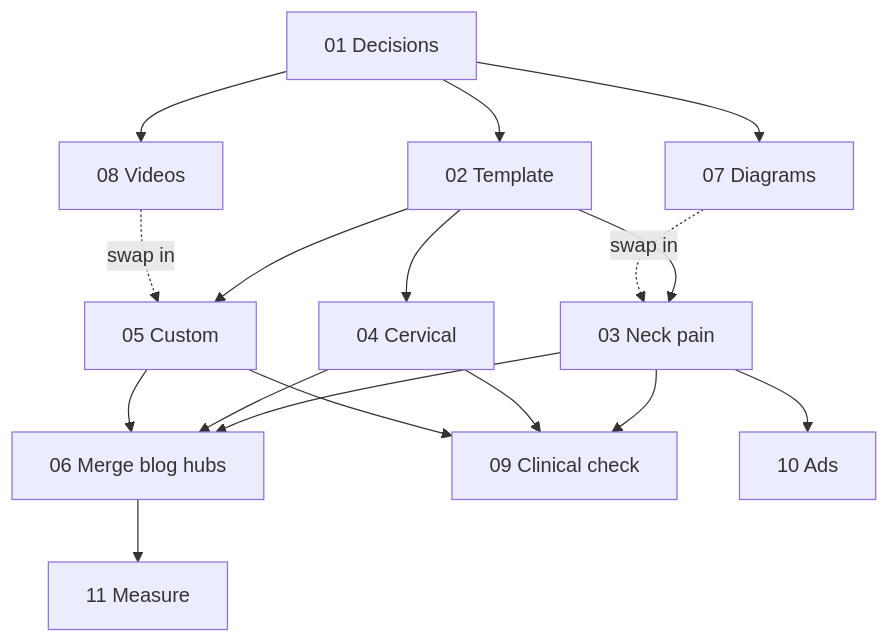
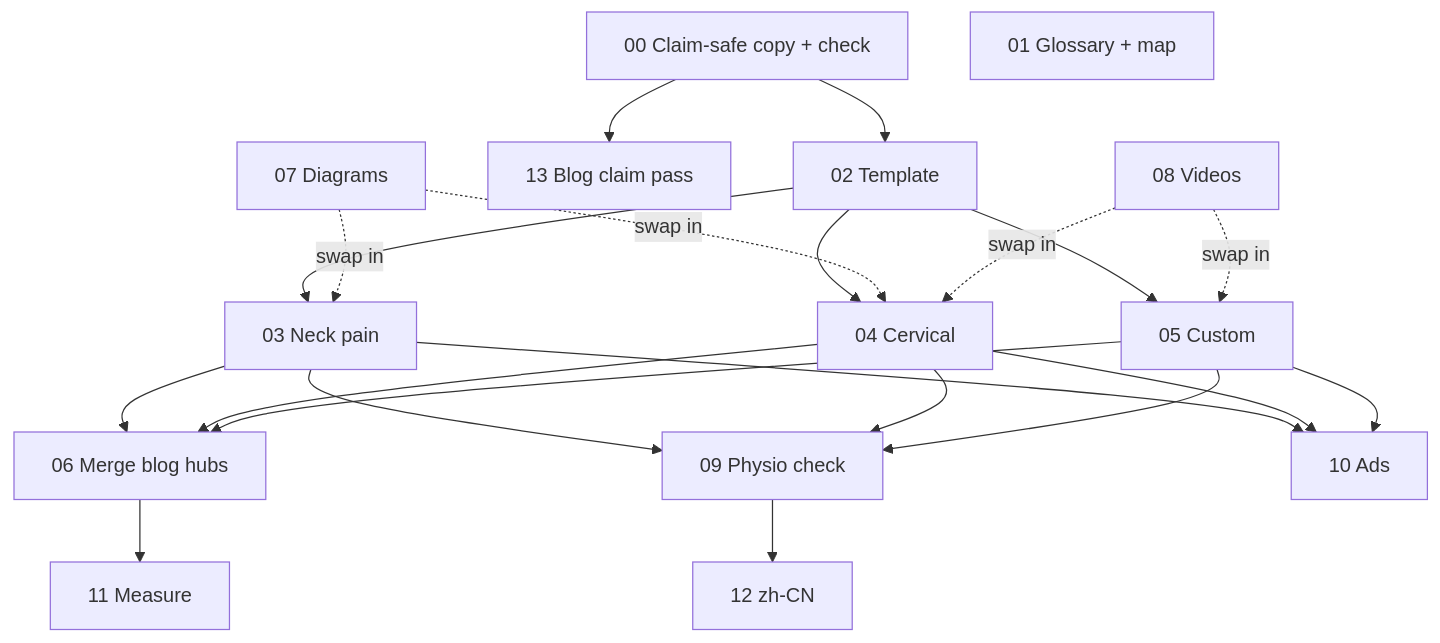
The diagram in .claude/PRD-guides-content/issues/README.md (ivanyeors/mp), drawn with Mermaid before and after one commit. The commit also changed other lines of this file and 29 other files, not shown here.

````diff
--- a/.claude/PRD-guides-content/issues/README.md
+++ b/.claude/PRD-guides-content/issues/README.md
@@ -25,19 +26,24 @@
 ```mermaid
 graph TD
-  s01[01 Decisions] --> s02[02 Template]
+  s00[00 Claim-safe copy + check] --> s02[02 Template]
+  s00 --> s13[13 Blog claim pass]
+  s01[01 Glossary + map]
   s02 --> s03[03 Neck pain]
   s02 --> s04[04 Cervical]
   s02 --> s05[05 Custom]
   s03 --> s06[06 Merge blog hubs]
   s04 --> s06
   s05 --> s06
-  s01 --> s07[07 Diagrams]
-  s01 --> s08[08 Videos]
-  s07 -.swap in.-> s03
-  s08 -.swap in.-> s05
-  s03 --> s09[09 Clinical check]
+  s07[07 Diagrams] -.swap in.-> s03
+  s07 -.swap in.-> s04
+  s08[08 Videos] -.swap in.-> s05
+  s08 -.swap in.-> s04
+  s03 --> s09[09 Physio check]
   s04 --> s09
   s05 --> s09
   s03 --> s10[10 Ads]
+  s04 --> s10
+  s05 --> s10
   s06 --> s11[11 Measure]
+  s09 --> s12[12 zh-CN]
 ```
````
